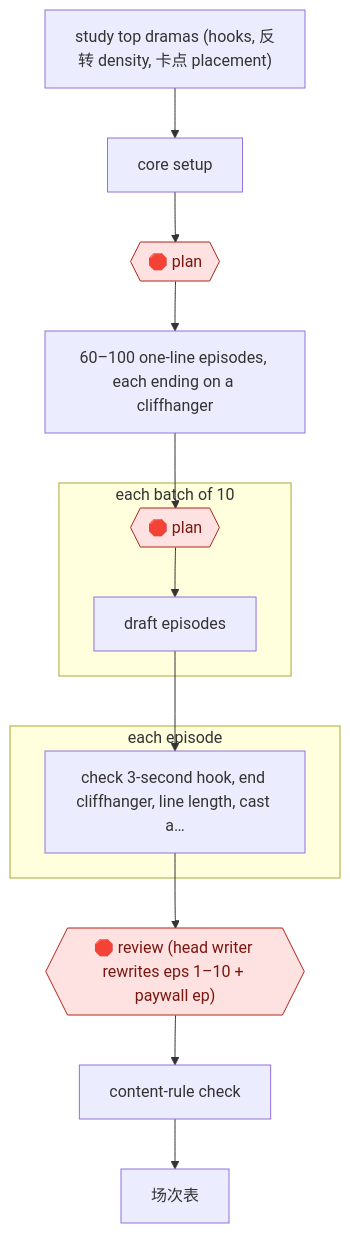
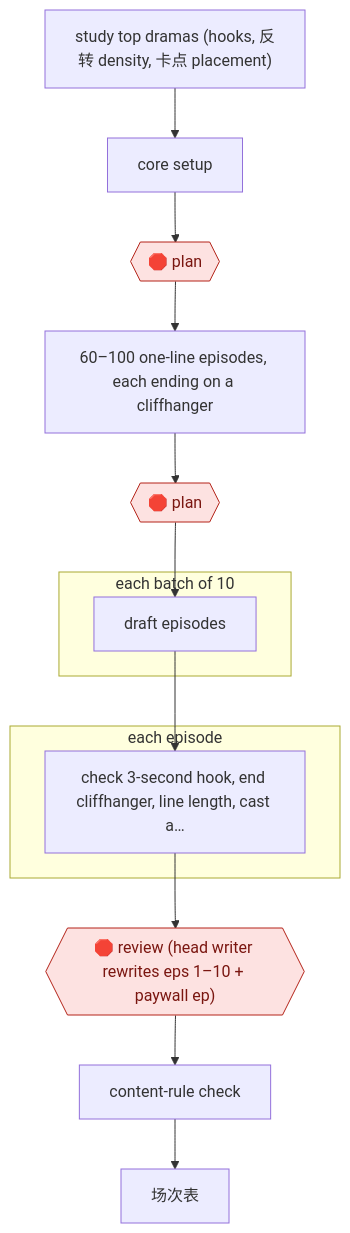
The diagram in workflows/CRE/WRI/SCREEN/hook-cadence-drama-script/README.md (milesradford99/agent-workflow-atlas), drawn with Mermaid before and after one commit. The commit also changed other lines of this file and 171 other files, not shown here.

````diff
--- a/workflows/CRE/WRI/SCREEN/hook-cadence-drama-script/README.md
+++ b/workflows/CRE/WRI/SCREEN/hook-cadence-drama-script/README.md
@@ -31,27 +32,27 @@
 ```mermaid
 flowchart TD
   n1["study top dramas (hooks, 反转 density, 卡点 placement)"]
   n2["core setup"]
-  n1 --> n2
   n3{{"🛑 plan"}}:::stop
-  n2 --> n3
   n4["60–100 one-line episodes, each ending on a cliffhanger"]
-  n3 --> n4
   n5{{"🛑 plan"}}:::stop
-  n4 --> n5
   subgraph s6["each batch of 10"]
   n7["draft episodes"]
-  n5 --> n7
   end
   subgraph s8["each episode"]
   n9["check 3-second hook, end cliffhanger, line length, cast a…"]
-  n7 --> n9
   end
   n10{{"🛑 review (head writer rewrites eps 1–10 + paywall ep)"}}:::stop
+  n11["content-rule check"]
+  n12["场次表"]
+  n1 --> n2
+  n2 --> n3
+  n3 --> n4
+  n4 --> n5
+  n5 --> n7
+  n7 --> n9
   n9 --> n10
-  n11["content-rule check"]
   n10 --> n11
-  n12["场次表"]
   n11 --> n12
   classDef stop fill:#fde2e1,stroke:#b42318,color:#7a1610
 ```
````
